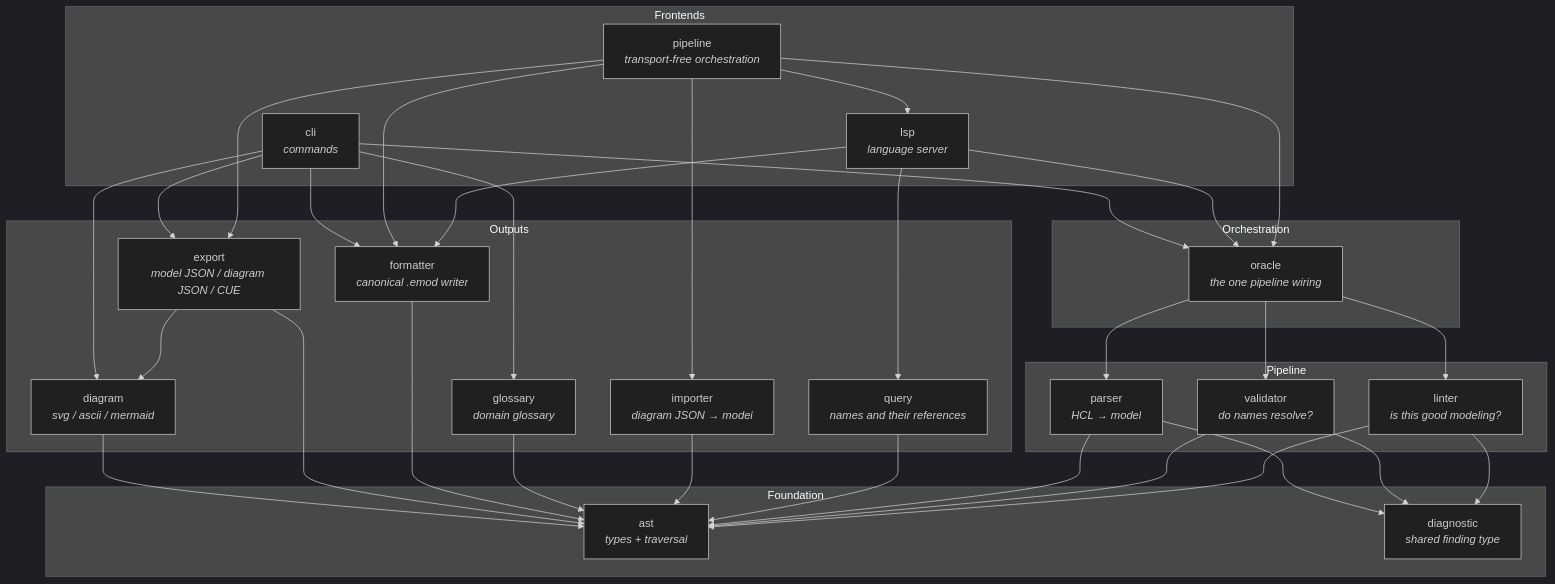
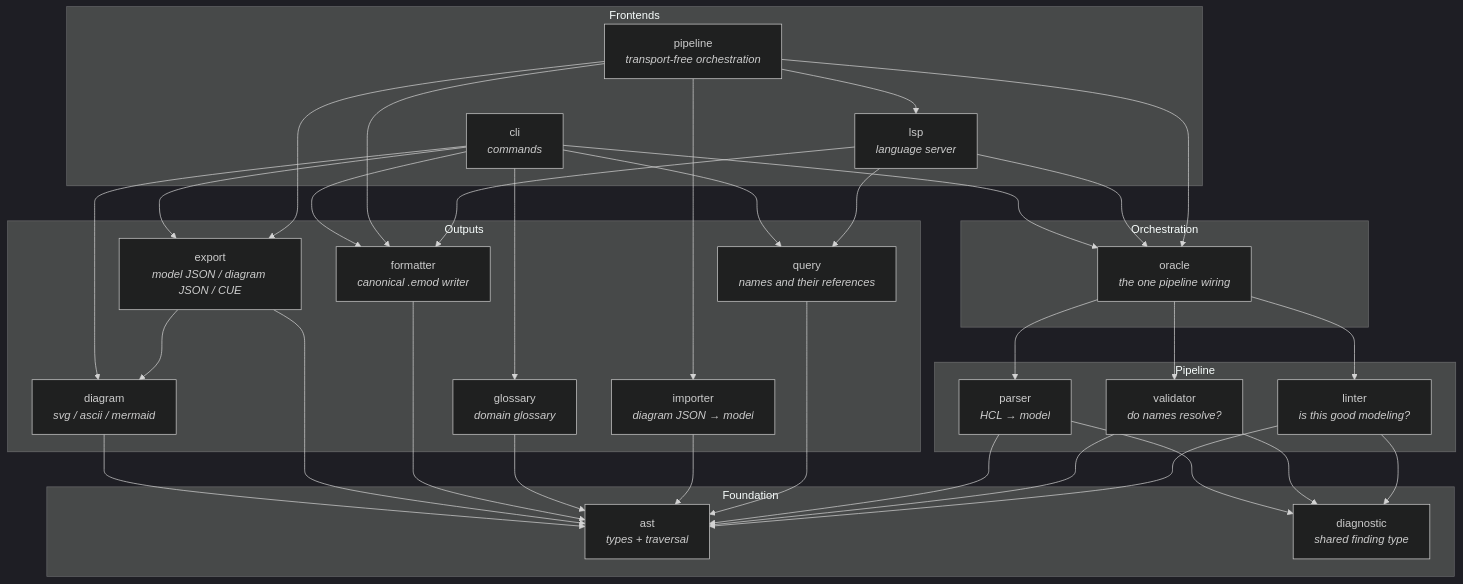
Before and after one commit to hpcsc/emod: the first of 4 diagrams in docs/architecture.md, drawn with Mermaid (dark theme). The commit also changed other lines of this file and 8 other files, not shown here.

````diff
--- a/docs/architecture.md
+++ b/docs/architecture.md
@@ -30,65 +30,66 @@
 ```mermaid
 graph TD
     subgraph Frontends
         cli[cli<br/><i>commands</i>]
         lsp[lsp<br/><i>language server</i>]
         pipeline[pipeline<br/><i>transport-free orchestration</i>]
     end
 
     subgraph Orchestration
         oracle[oracle<br/><i>the one pipeline wiring</i>]
     end
 
     subgraph Outputs
         diagram[diagram<br/><i>svg / ascii / mermaid</i>]
         export[export<br/><i>model JSON / diagram JSON / CUE</i>]
         formatter[formatter<br/><i>canonical .emod writer</i>]
         glossary[glossary<br/><i>domain glossary</i>]
         importer[importer<br/><i>diagram JSON → model</i>]
         query[query<br/><i>names and their references</i>]
     end
 
     subgraph Pipeline
         parser[parser<br/><i>HCL → model</i>]
         validator[validator<br/><i>do names resolve?</i>]
         linter[linter<br/><i>is this good modeling?</i>]
     end
 
     subgraph Foundation
         ast[ast<br/><i>types + traversal</i>]
         diagnostic[diagnostic<br/><i>shared finding type</i>]
     end
 
     cli --> oracle
     lsp --> oracle
     pipeline --> oracle
     cli --> diagram
     cli --> export
     cli --> formatter
     cli --> glossary
+    cli --> query
     lsp --> query
     pipeline --> export
     pipeline --> importer
     pipeline --> formatter
     pipeline --> lsp
     lsp --> formatter
 
     oracle --> parser
     oracle --> validator
     oracle --> linter
 
     export --> diagram
     diagram --> ast
     export --> ast
     formatter --> ast
     glossary --> ast
     importer --> ast
     query --> ast
 
     parser --> diagnostic
     parser --> ast
     validator --> ast
     linter --> ast
     validator --> diagnostic
     linter --> diagnostic
 ```
````
